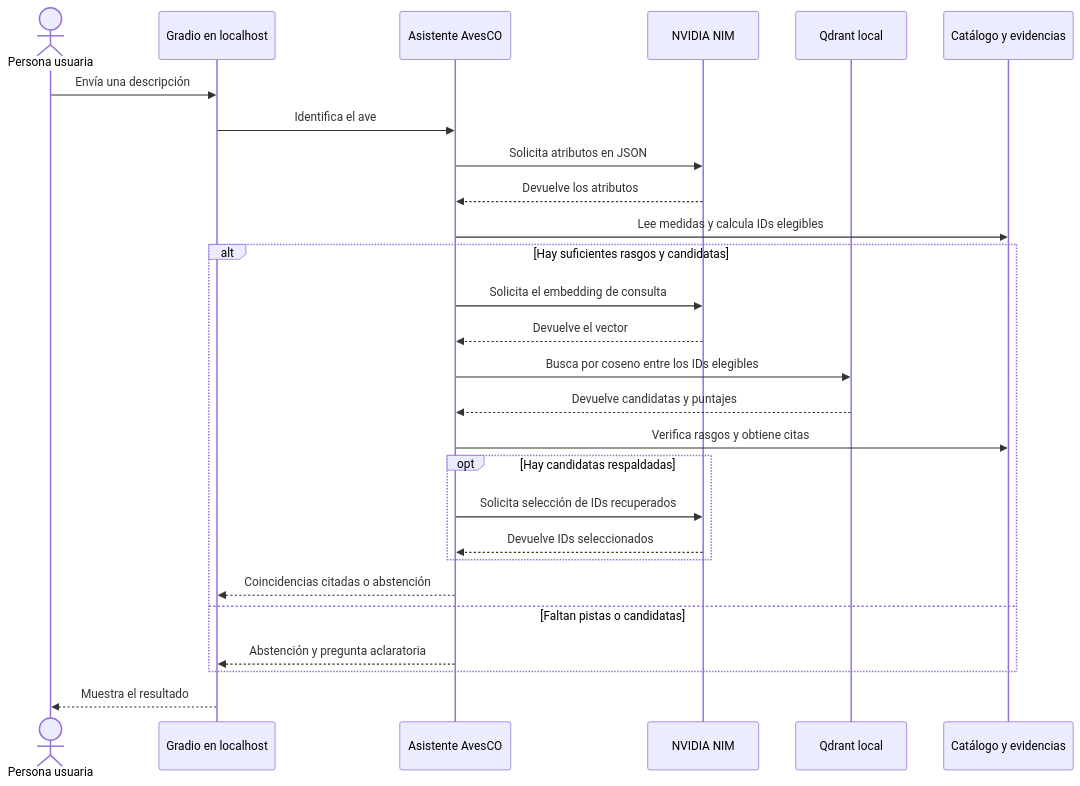
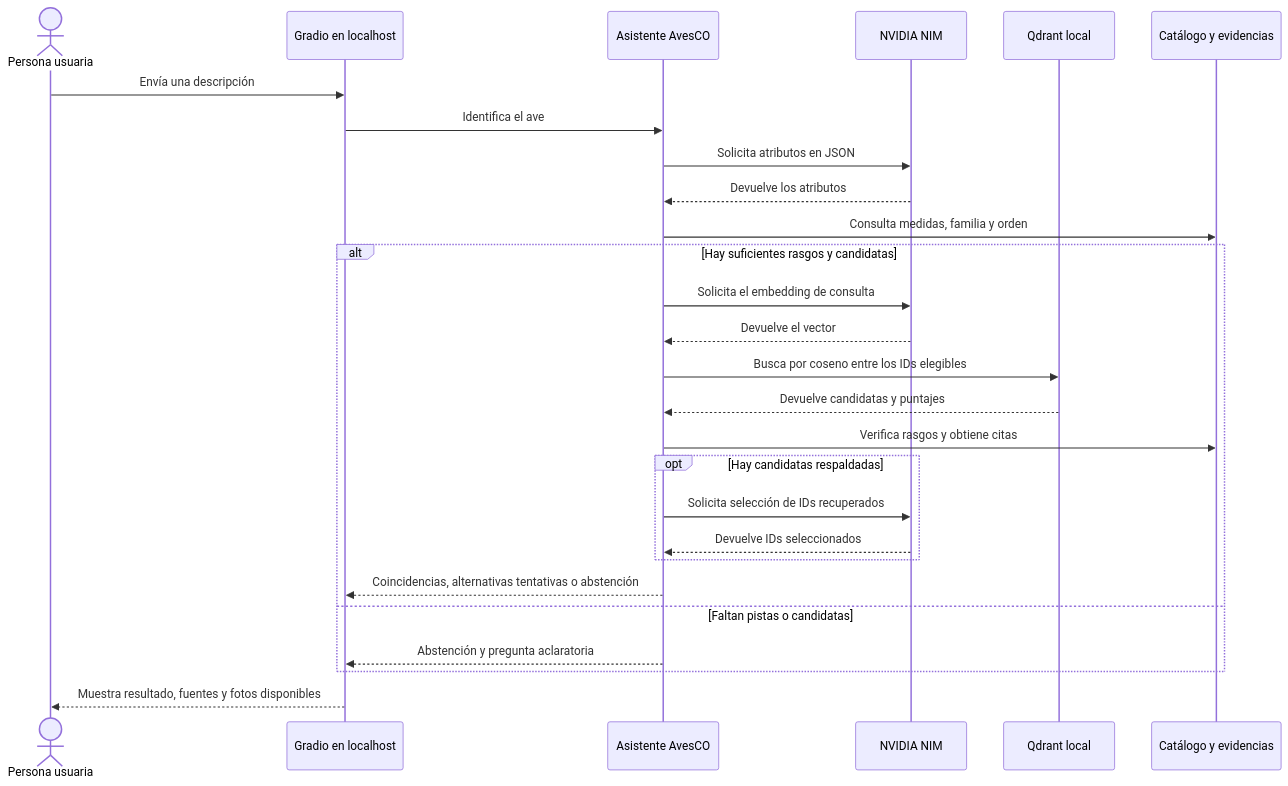
One commit to JulianJ07/RAG_Detector_Ave changed the second of 2 diagrams in README.md. Above: the diagram before and after it, drawn with Mermaid. The commit also changed other lines of this file, not shown here.

````diff
--- a/README.md
+++ b/README.md
@@ -62,29 +75,29 @@
 ```mermaid
 sequenceDiagram
     actor U as Persona usuaria
     participant W as Gradio en localhost
     participant A as Asistente AvesCO
     participant M as NVIDIA NIM
     participant Q as Qdrant local
     participant C as Catálogo y evidencias
     U->>W: Envía una descripción
     W->>A: Identifica el ave
     A->>M: Solicita atributos en JSON
     M-->>A: Devuelve los atributos
-    A->>C: Lee medidas y calcula IDs elegibles
+    A->>C: Consulta medidas, familia y orden
     alt Hay suficientes rasgos y candidatas
         A->>M: Solicita el embedding de consulta
         M-->>A: Devuelve el vector
         A->>Q: Busca por coseno entre los IDs elegibles
         Q-->>A: Devuelve candidatas y puntajes
         A->>C: Verifica rasgos y obtiene citas
         opt Hay candidatas respaldadas
             A->>M: Solicita selección de IDs recuperados
             M-->>A: Devuelve IDs seleccionados
         end
-        A-->>W: Coincidencias citadas o abstención
+        A-->>W: Coincidencias, alternativas tentativas o abstención
     else Faltan pistas o candidatas
         A-->>W: Abstención y pregunta aclaratoria
     end
-    W-->>U: Muestra el resultado
+    W-->>U: Muestra resultado, fuentes y fotos disponibles
 ```
````
